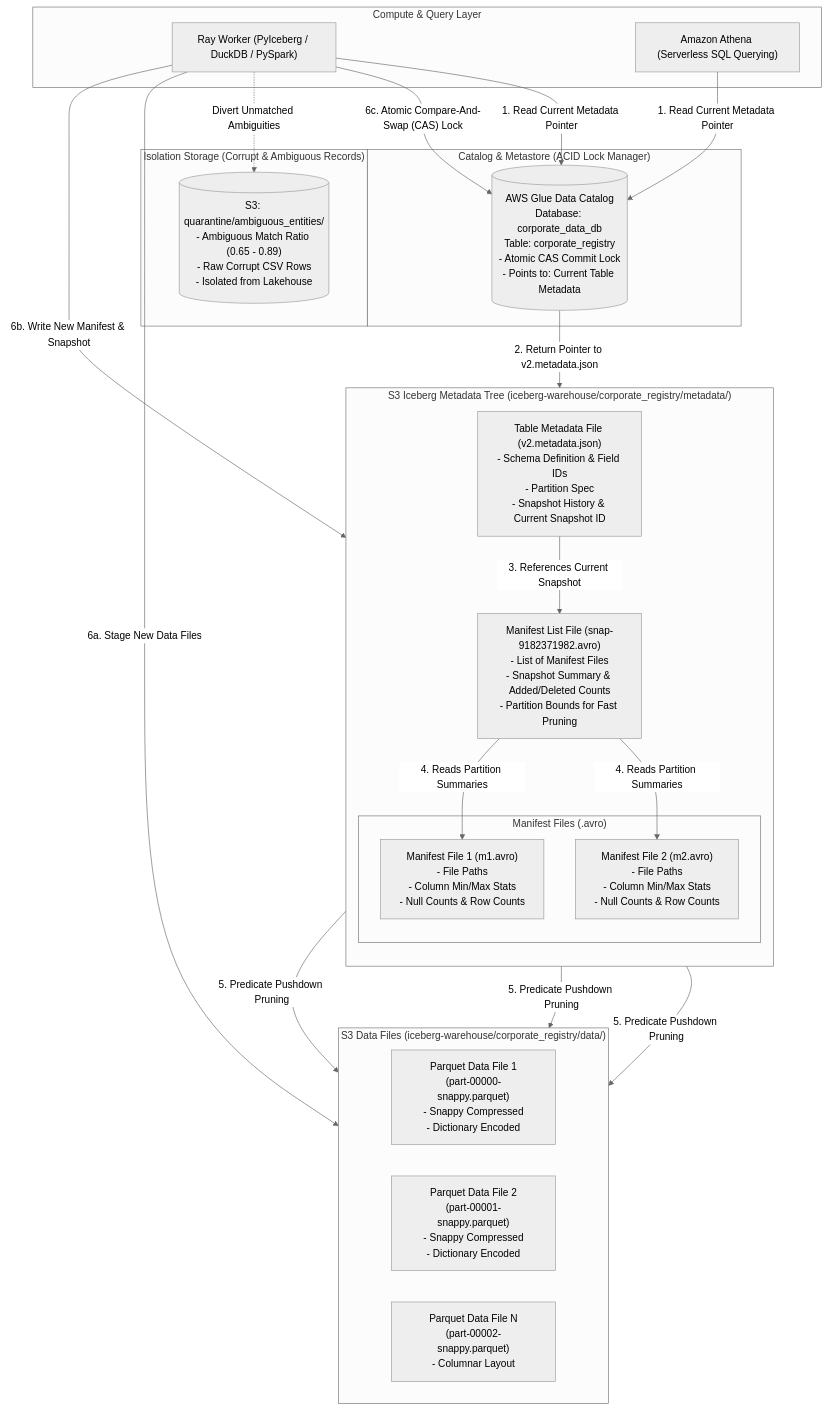
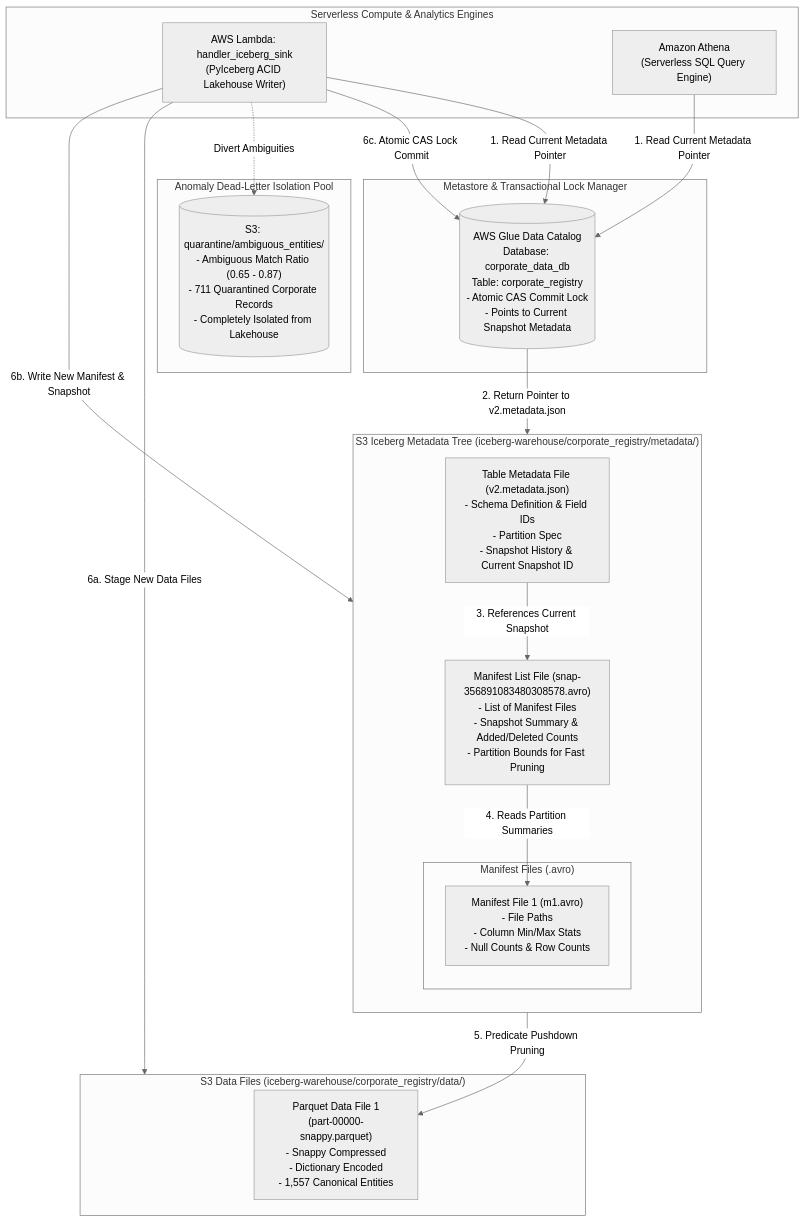
Before and after one commit to jashkv/ray-platform: the diagram in ray-ai-platform/docs/mermaid/09-lakehouse-iceberg.md, drawn with Mermaid (neutral theme). The commit also changed other lines of this file and 34 other files, not shown here.

Commit message:
docs(serverless): completely align all documentation, diagrams, runbooks, and test configs with the AWS Serverless Platform architecture

````diff
--- a/ray-ai-platform/docs/mermaid/09-lakehouse-iceberg.md
+++ b/ray-ai-platform/docs/mermaid/09-lakehouse-iceberg.md
@@ -9,57 +9,44 @@
 ```mermaid
 flowchart TD
-    %% Apache Iceberg ACID Lakehouse Storage Architecture
-    subgraph Compute_Engines["Compute & Query Layer"]
-        RAY_WORKER["Ray Worker (PyIceberg / DuckDB / PySpark)"]
-        ATHENA["Amazon Athena (Serverless SQL Querying)"]
+    %% Serverless Apache Iceberg ACID Lakehouse Storage Architecture
+    subgraph ComputeEngines["Serverless Compute & Analytics Engines"]
+        LAMBDA_SINK["AWS Lambda: handler_iceberg_sink\n(PyIceberg ACID Lakehouse Writer)"]
+        ATHENA["Amazon Athena\n(Serverless SQL Query Engine)"]
     end
 
-    subgraph Catalog_Layer["Catalog & Metastore (ACID Lock Manager)"]
-        GLUE_CATALOG[("AWS Glue Data Catalog\nDatabase: corporate_data_db\nTable: corporate_registry\n- Atomic CAS Commit Lock\n- Points to: Current Table Metadata")]
+    subgraph CatalogLayer["Metastore & Transactional Lock Manager"]
+        GLUE_CATALOG[("AWS Glue Data Catalog\nDatabase: corporate_data_db\nTable: corporate_registry\n- Atomic CAS Commit Lock\n- Points to Current Snapshot Metadata")]
     end
 
-    subgraph S3_Metadata_Tree["S3 Iceberg Metadata Tree (iceberg-warehouse/corporate_registry/metadata/)"]
+    subgraph S3_MetadataTree["S3 Iceberg Metadata Tree (iceberg-warehouse/corporate_registry/metadata/)"]
         direction TB
 
         META_JSON["Table Metadata File (v2.metadata.json)\n- Schema Definition & Field IDs\n- Partition Spec\n- Snapshot History & Current Snapshot ID"]
 
-        SNAP_LIST["Manifest List File (snap-9182371982.avro)\n- List of Manifest Files\n- Snapshot Summary & Added/Deleted Counts\n- Partition Bounds for Fast Pruning"]
+        SNAP_LIST["Manifest List File (snap-356891083480308578.avro)\n- List of Manifest Files\n- Snapshot Summary & Added/Deleted Counts\n- Partition Bounds for Fast Pruning"]
 
-        subgraph Manifest_Files["Manifest Files (.avro)"]
+        subgraph ManifestFiles["Manifest Files (.avro)"]
             M1["Manifest File 1 (m1.avro)\n- File Paths\n- Column Min/Max Stats\n- Null Counts & Row Counts"]
-            M2["Manifest File 2 (m2.avro)\n- File Paths\n- Column Min/Max Stats\n- Null Counts & Row Counts"]
         end
     end
 
-    subgraph S3_Data_Files["S3 Data Files (iceberg-warehouse/corporate_registry/data/)"]
-        direction LR
-        PARQUET_1["Parquet Data File 1\n(part-00000-snappy.parquet)\n- Snappy Compressed\n- Dictionary Encoded"]
-        PARQUET_2["Parquet Data File 2\n(part-00001-snappy.parquet)\n- Snappy Compressed\n- Dictionary Encoded"]
-        PARQUET_N["Parquet Data File N\n(part-00002-snappy.parquet)\n- Columnar Layout"]
+    subgraph S3_DataFiles["S3 Data Files (iceberg-warehouse/corporate_registry/data/)"]
+        PARQUET_1["Parquet Data File 1\n(part-00000-snappy.parquet)\n- Snappy Compressed\n- Dictionary Encoded\n- 1,557 Canonical Entities"]
     end
 
-    subgraph Quarantine_Storage["Isolation Storage (Corrupt & Ambiguous Records)"]
-        S3_QUARANTINE[("S3: quarantine/ambiguous_entities/\n- Ambiguous Match Ratio (0.65 - 0.89)\n- Raw Corrupt CSV Rows\n- Isolated from Lakehouse")]
+    subgraph QuarantineStorage["Anomaly Dead-Letter Isolation Pool"]
+        S3_QUARANTINE[("S3: quarantine/ambiguous_entities/\n- Ambiguous Match Ratio (0.65 - 0.87)\n- 711 Quarantined Corporate Records\n- Completely Isolated from Lakehouse")]
     end
 
-    %% Engine to Catalog
-    RAY_WORKER -->|"1. Read Current Metadata Pointer"| GLUE_CATALOG
+    LAMBDA_SINK -->|"1. Read Current Metadata Pointer"| GLUE_CATALOG
     ATHENA -->|"1. Read Current Metadata Pointer"| GLUE_CATALOG
     GLUE_CATALOG -->|"2. Return Pointer to v2.metadata.json"| META_JSON
-
-    %% Metadata Tree Traversal
     META_JSON -->|"3. References Current Snapshot"| SNAP_LIST
     SNAP_LIST -->|"4. Reads Partition Summaries"| M1
-    SNAP_LIST -->|"4. Reads Partition Summaries"| M2
     M1 -->|"5. Predicate Pushdown Pruning"| PARQUET_1
-    M2 -->|"5. Predicate Pushdown Pruning"| PARQUET_2
-    M2 -->|"5. Predicate Pushdown Pruning"| PARQUET_N
 
-    %% Atomic Commit Cycle
-    RAY_WORKER -->|"6a. Stage New Data Files"| S3_Data_Files
-    RAY_WORKER -->|"6b. Write New Manifest & Snapshot"| S3_Metadata_Tree
-    RAY_WORKER -->|"6c. Atomic Compare-And-Swap (CAS) Lock"| GLUE_CATALOG
-
-    %% Quarantine Divert
-    RAY_WORKER -.->|"Divert Unmatched Ambiguities"| S3_QUARANTINE
+    LAMBDA_SINK -->|"6a. Stage New Data Files"| S3_DataFiles
+    LAMBDA_SINK -->|"6b. Write New Manifest & Snapshot"| S3_MetadataTree
+    LAMBDA_SINK -->|"6c. Atomic CAS Lock Commit"| GLUE_CATALOG
+    LAMBDA_SINK -.->|"Divert Ambiguities"| S3_QUARANTINE
 ```
````
